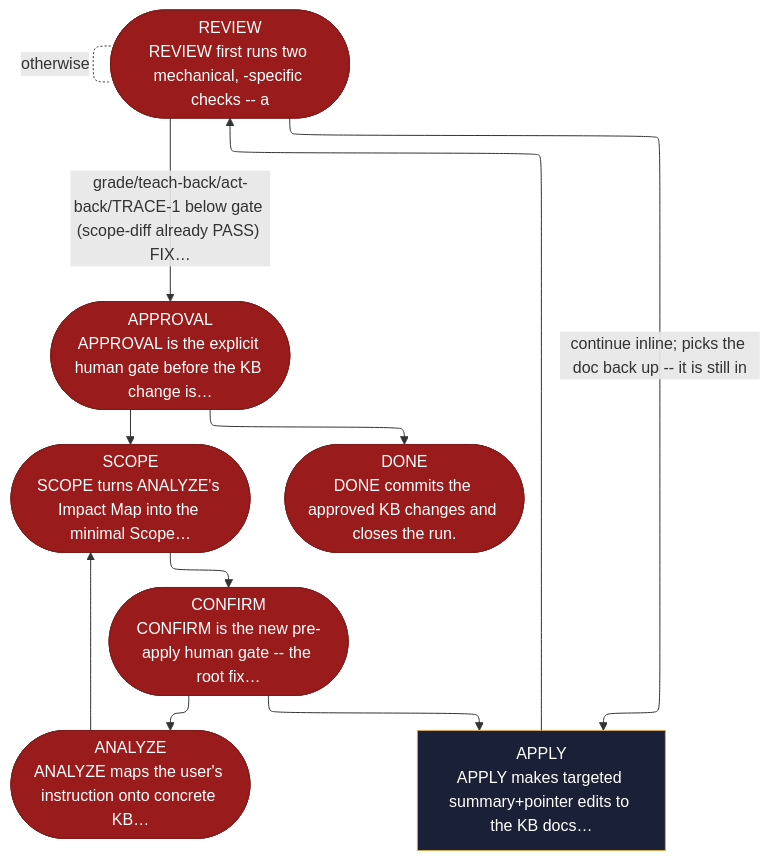
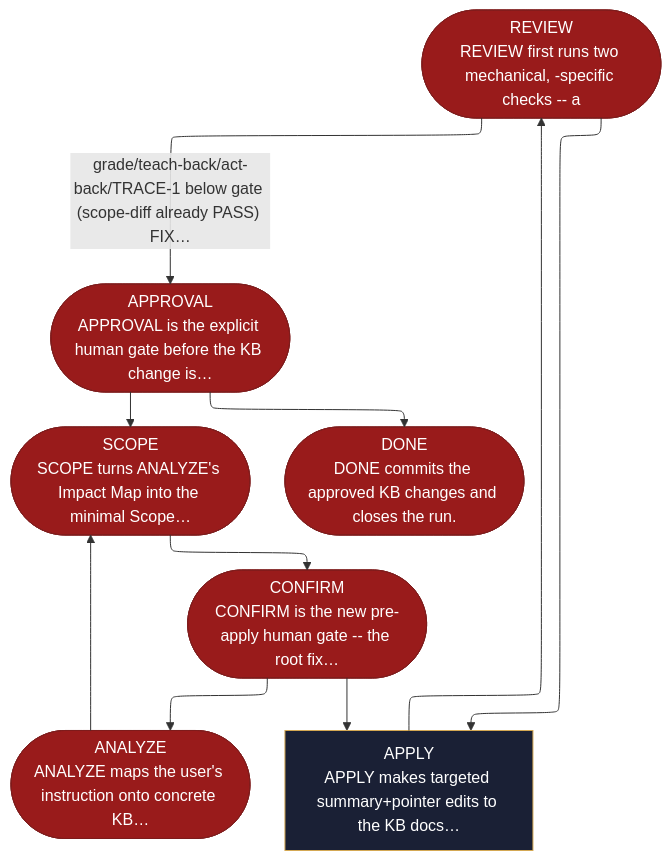
The diagram in site/src/content/docs/skills/aid-update-kb.md (AndreVianna/aid-methodology), drawn with Mermaid before and after one commit. The commit also changed 9 other files, not shown here.

````diff
--- a/site/src/content/docs/skills/aid-update-kb.md
+++ b/site/src/content/docs/skills/aid-update-kb.md
@@ -20,49 +20,48 @@
 ```mermaid
 ---
 config:
   layout: elk
   flowchart:
     nodeSpacing: 55
     rankSpacing: 65
     padding: 12
     useMaxWidth: true
 ---
 flowchart TB
   classDef aidNode color:#fff
   classDef aidEntry fill:#166534,stroke:#14532d,color:#fff
   classDef aidExit fill:#991b1b,stroke:#7f1d1d,color:#fff
   classDef aidDecision fill:#92400e,stroke:#78350f,color:#fff
   classDef aidLoopBack fill:#1e3a8a,stroke:#1e3a8a,color:#fff
   classDef aidStep fill:#1a2035,stroke:#d4a853,color:#f1f5f9
   n1(["ANALYZE<br/>ANALYZE maps the user's instruction onto concrete KB…"])
   n2(["SCOPE<br/>SCOPE turns ANALYZE's Impact Map into the minimal Scope…"])
   n3(["CONFIRM<br/>CONFIRM is the new pre-apply human gate -- the root fix…"])
   n4["APPLY<br/>APPLY makes targeted summary+pointer edits to the KB docs…"]
   n5(["REVIEW<br/>REVIEW first runs two mechanical, -specific checks -- a"])
   n6(["APPROVAL<br/>APPROVAL is the explicit human gate before the KB change is…"])
   n7(["DONE<br/>DONE commits the approved KB changes and closes the run."])
   n1 --> n2
   n2 --> n3
   n3 --> n1
   n3 --> n4
   n4 --> n5
-  n5 -->|"continue inline; picks the doc back up -- it is still in"| n4
-  n5 -. "otherwise" .- n5
+  n5 --> n4
   n5 -->|"grade/teach-back/act-back/TRACE-1 below gate (scope-diff already PASS) FIX…"| n6
   n6 --> n2
   n6 --> n7
   class n1 aidExit
   class n2 aidExit
   class n3 aidExit
   class n4 aidStep
   class n5 aidExit
   class n6 aidExit
   class n7 aidExit
   class n1 aidNode
   class n2 aidNode
   class n3 aidNode
   class n4 aidNode
   class n5 aidNode
   class n6 aidNode
   class n7 aidNode
 ```
````
